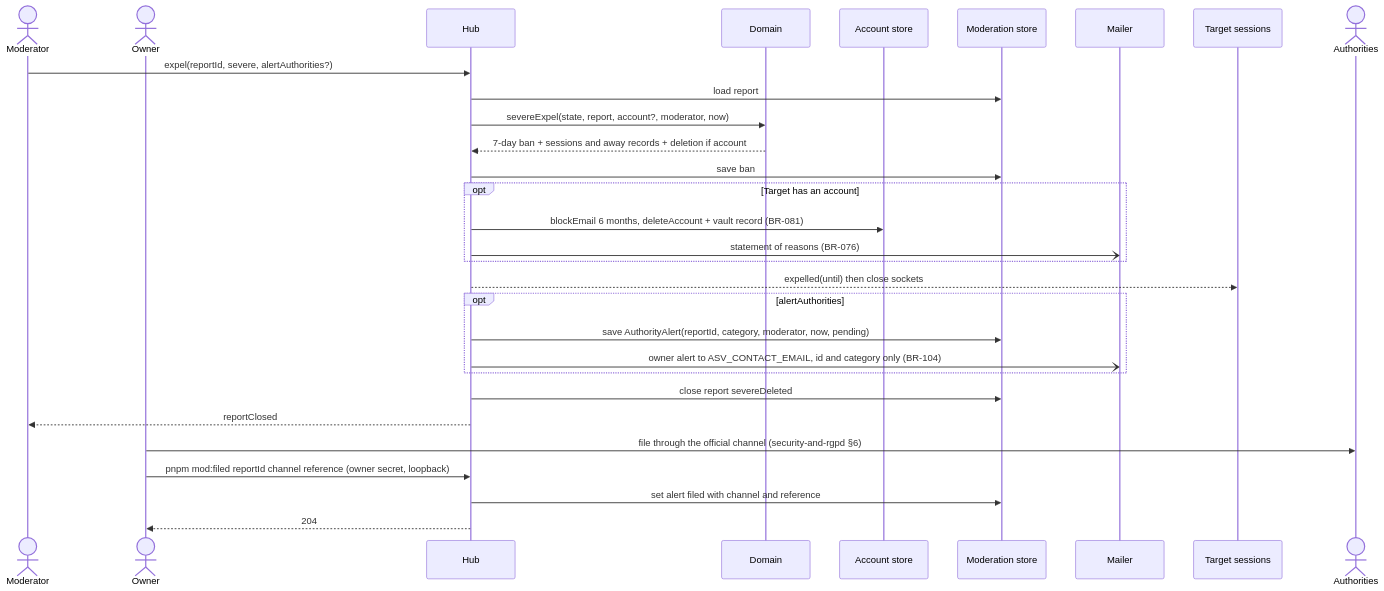
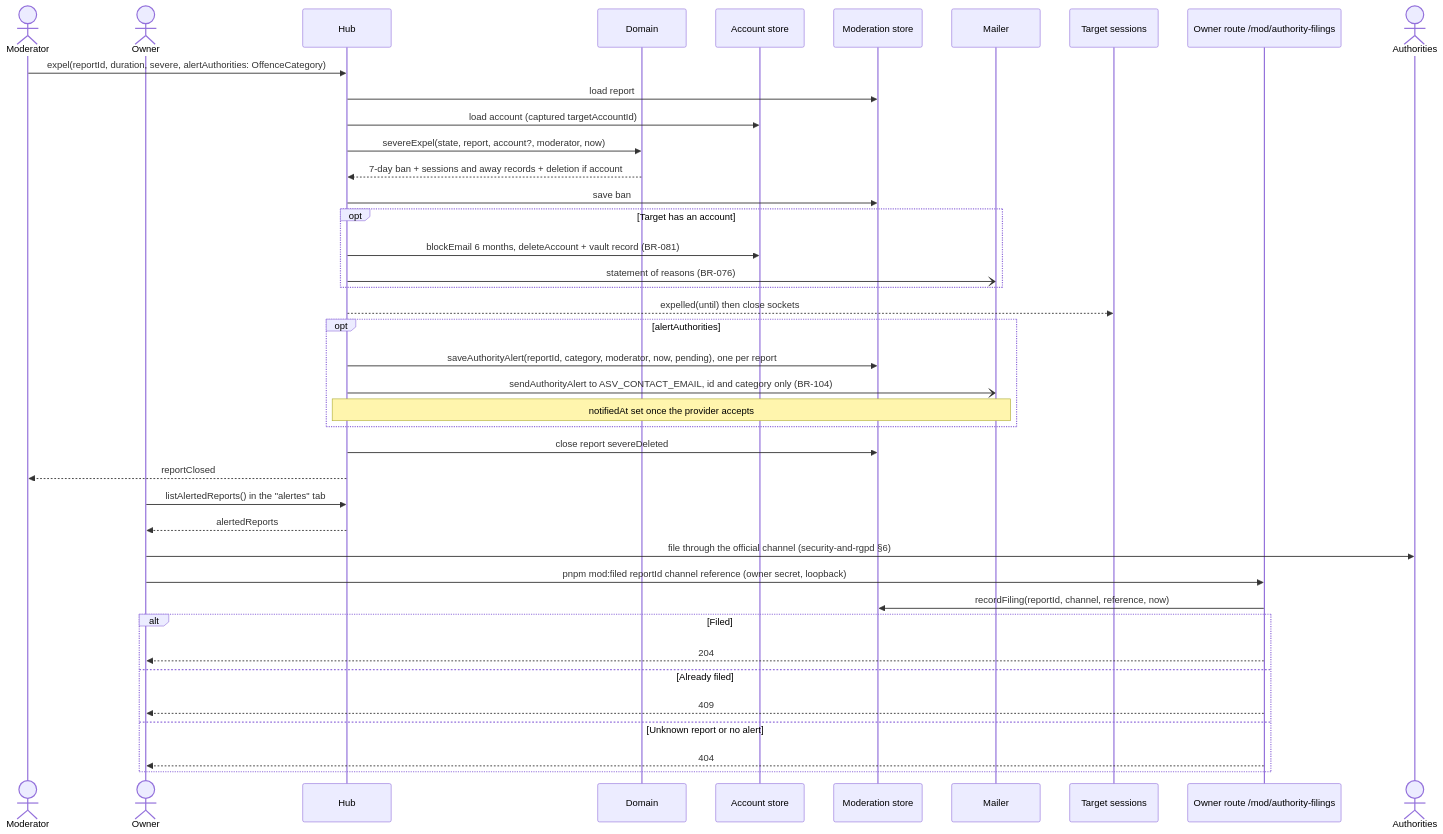
One commit to benoit-bremaud/asv changed the diagram in docs/architecture/diagrams/moderation/02h-sequence-severe-and-authority.md. Above: the diagram before and after it, drawn with Mermaid. The commit also changed other lines of this file and 22 other files, not shown here.

````diff
--- a/docs/architecture/diagrams/moderation/02h-sequence-severe-and-authority.md
+++ b/docs/architecture/diagrams/moderation/02h-sequence-severe-and-authority.md
@@ -15,32 +15,43 @@
 ```mermaid
 sequenceDiagram
   actor M as Moderator
   actor O as Owner
   participant H as Hub
   participant D as Domain
   participant AS as Account store
   participant ST as Moderation store
   participant ML as Mailer
   participant T as Target sessions
+  participant OR as Owner route /mod/authority-filings
   actor A as Authorities
-  M->>H: expel(reportId, severe, alertAuthorities?)
+  M->>H: expel(reportId, duration, severe, alertAuthorities: OffenceCategory)
   H->>ST: load report
+  H->>AS: load account (captured targetAccountId)
   H->>D: severeExpel(state, report, account?, moderator, now)
   D-->>H: 7-day ban + sessions and away records + deletion if account
   H->>ST: save ban
   opt Target has an account
     H->>AS: blockEmail 6 months, deleteAccount + vault record (BR-081)
     H-)ML: statement of reasons (BR-076)
   end
   H-->>T: expelled(until) then close sockets
   opt alertAuthorities
-    H->>ST: save AuthorityAlert(reportId, category, moderator, now, pending)
-    H-)ML: owner alert to ASV_CONTACT_EMAIL, id and category only (BR-104)
+    H->>ST: saveAuthorityAlert(reportId, category, moderator, now, pending), one per report
+    H-)ML: sendAuthorityAlert to ASV_CONTACT_EMAIL, id and category only (BR-104)
+    Note over H,ML: notifiedAt set once the provider accepts
   end
   H->>ST: close report severeDeleted
   H-->>M: reportClosed
+  O->>H: listAlertedReports() in the "alertes" tab
+  H-->>O: alertedReports
   O->>A: file through the official channel (security-and-rgpd §6)
-  O->>H: pnpm mod:filed reportId channel reference (owner secret, loopback)
-  H->>ST: set alert filed with channel and reference
-  H-->>O: 204
+  O->>OR: pnpm mod:filed reportId channel reference (owner secret, loopback)
+  OR->>ST: recordFiling(reportId, channel, reference, now)
+  alt Filed
+    OR-->>O: 204
+  else Already filed
+    OR-->>O: 409
+  else Unknown report or no alert
+    OR-->>O: 404
+  end
 ```
````
